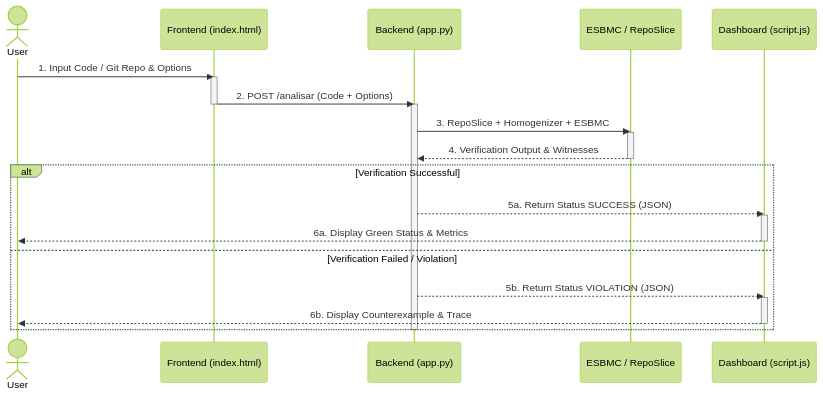
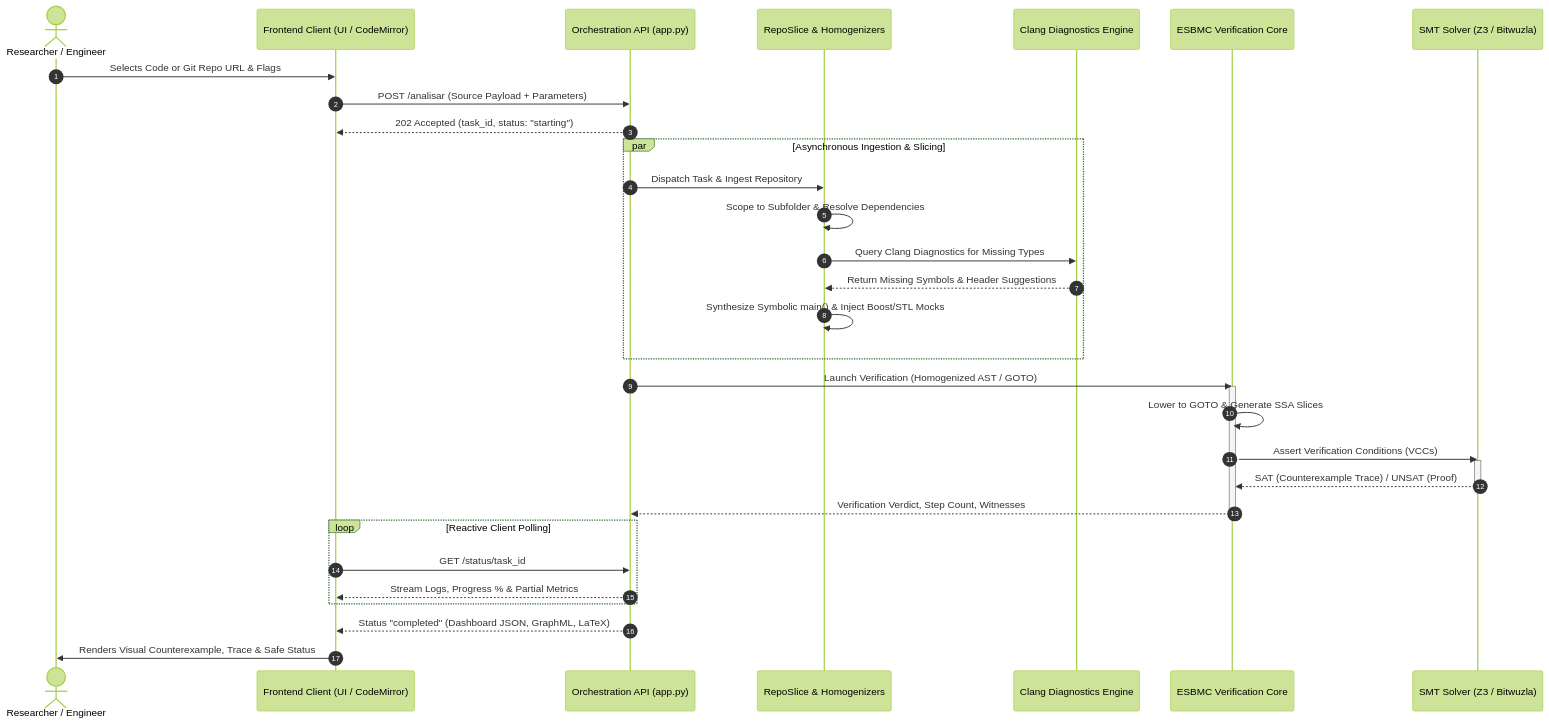
Before and after one commit to esbmc/esbmc-web: the second of 2 diagrams in README.md, drawn with Mermaid (forest theme). The commit also changed other lines of this file, not shown here.

````diff
--- a/README.md
+++ b/README.md
@@ -91,31 +156,41 @@
 ```mermaid
 sequenceDiagram
-    actor User as User
-    participant Frontend as Frontend (index.html)
-    participant Backend as Backend (app.py)
-    participant Engine as ESBMC / RepoSlice
-    participant Dashboard as Dashboard (script.js)
+    autonumber
+    actor Researcher as Researcher / Engineer
+    participant UI as Frontend Client (UI / CodeMirror)
+    participant Flask as Orchestration API (app.py)
+    participant Slicer as RepoSlice & Homogenizers
+    participant Clang as Clang Diagnostics Engine
+    participant ESBMC as ESBMC Verification Core
+    participant SMT as SMT Solver (Z3 / Bitwuzla)
 
-    User->>Frontend: 1. Input Code / Git Repo & Options
-    activate Frontend
-    Frontend->>Backend: 2. POST /analisar (Code + Options)
-    deactivate Frontend
-    activate Backend
-    Backend->>Engine: 3. RepoSlice + Homogenizer + ESBMC
-    activate Engine
-    Engine-->>Backend: 4. Verification Output & Witnesses
-    deactivate Engine
+    Researcher->>UI: Selects Code or Git Repo URL & Flags
+    UI->>Flask: POST /analisar (Source Payload + Parameters)
+    Flask-->>UI: 202 Accepted (task_id, status: "starting")
 
-    alt Verification Successful
-        Backend-->>Dashboard: 5a. Return Status SUCCESS (JSON)
-        activate Dashboard
-        Dashboard-->>User: 6a. Display Green Status & Metrics
-        deactivate Dashboard
-    else Verification Failed / Violation
-        Backend-->>Dashboard: 5b. Return Status VIOLATION (JSON)
-        activate Dashboard
-        Dashboard-->>User: 6b. Display Counterexample & Trace
-        deactivate Dashboard
+    par Asynchronous Ingestion & Slicing
+        Flask->>Slicer: Dispatch Task & Ingest Repository
+        Slicer->>Slicer: Scope to Subfolder & Resolve Dependencies
+        Slicer->>Clang: Query Clang Diagnostics for Missing Types
+        Clang-->>Slicer: Return Missing Symbols & Header Suggestions
+        Slicer->>Slicer: Synthesize Symbolic main() & Inject Boost/STL Mocks
     end
-    deactivate Backend
+
+    Flask->>ESBMC: Launch Verification (Homogenized AST / GOTO)
+    activate ESBMC
+    ESBMC->>ESBMC: Lower to GOTO & Generate SSA Slices
+    ESBMC->>SMT: Assert Verification Conditions (VCCs)
+    activate SMT
+    SMT-->>ESBMC: SAT (Counterexample Trace) / UNSAT (Proof)
+    deactivate SMT
+    ESBMC-->>Flask: Verification Verdict, Step Count, Witnesses
+    deactivate ESBMC
+
+    loop Reactive Client Polling
+        UI->>Flask: GET /status/task_id
+        Flask-->>UI: Stream Logs, Progress % & Partial Metrics
+    end
+
+    Flask-->>UI: Status "completed" (Dashboard JSON, GraphML, LaTeX)
+    UI->>Researcher: Renders Visual Counterexample, Trace & Safe Status
 ```
````
